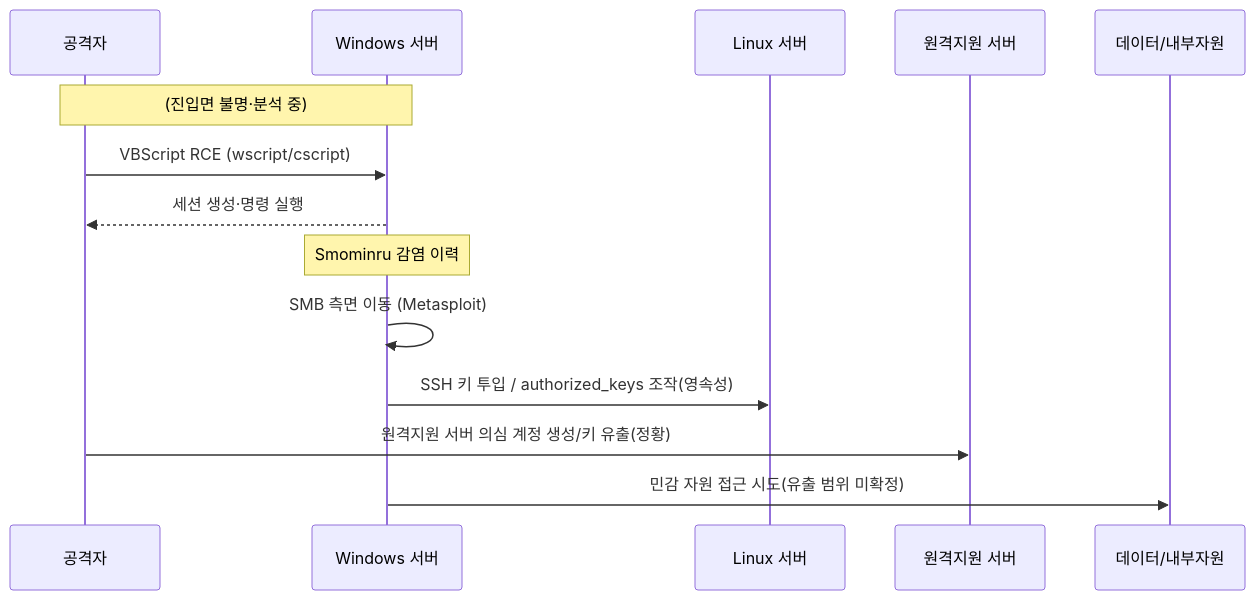
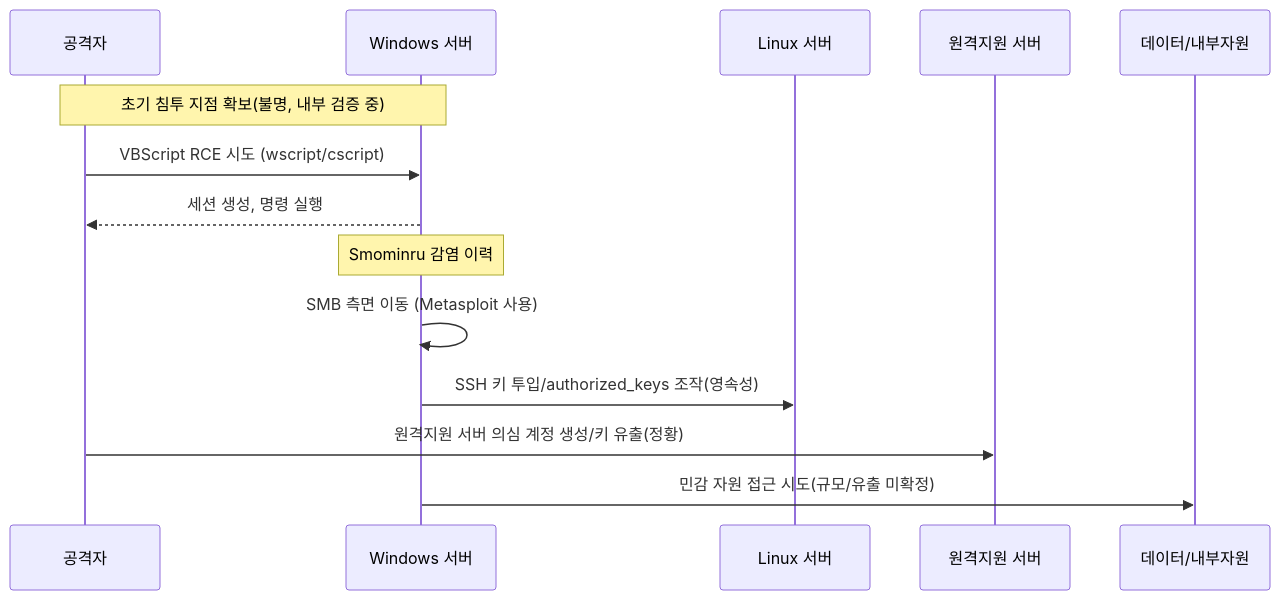
The diagram in content/ko/threats/case-kt_server.md (qubitsec/blog), drawn with Mermaid before and after one commit. The commit also changed other lines of this file, not shown here.

`````diff
--- a/content/ko/threats/case-kt_server.md
+++ b/content/ko/threats/case-kt_server.md
@@ -88,19 +97,19 @@
 ```mermaid
 sequenceDiagram
     participant A as 공격자
     participant W as Windows 서버
     participant L as Linux 서버
     participant R as 원격지원 서버
     participant D as 데이터/내부자원
 
-    Note over A,W: (진입면 불명·분석 중)
-    A->>W: VBScript RCE (wscript/cscript)
-    W-->>A: 세션 생성·명령 실행
+    Note over A,W: 초기 침투 지점 확보(불명, 내부 검증 중)
+    A->>W: VBScript RCE 시도 (wscript/cscript)
+    W-->>A: 세션 생성, 명령 실행
 
     Note over W: Smominru 감염 이력
-    W->>W: SMB 측면 이동 (Metasploit)
-    W->>L: SSH 키 투입 / authorized_keys 조작(영속성)
+    W->>W: SMB 측면 이동 (Metasploit 사용)
+    W->>L: SSH 키 투입/authorized_keys 조작(영속성)
 
     A->>R: 원격지원 서버 의심 계정 생성/키 유출(정황)
-    W->>D: 민감 자원 접근 시도(유출 범위 미확정)
+    W->>D: 민감 자원 접근 시도(규모/유출 미확정)
 ````
`````
